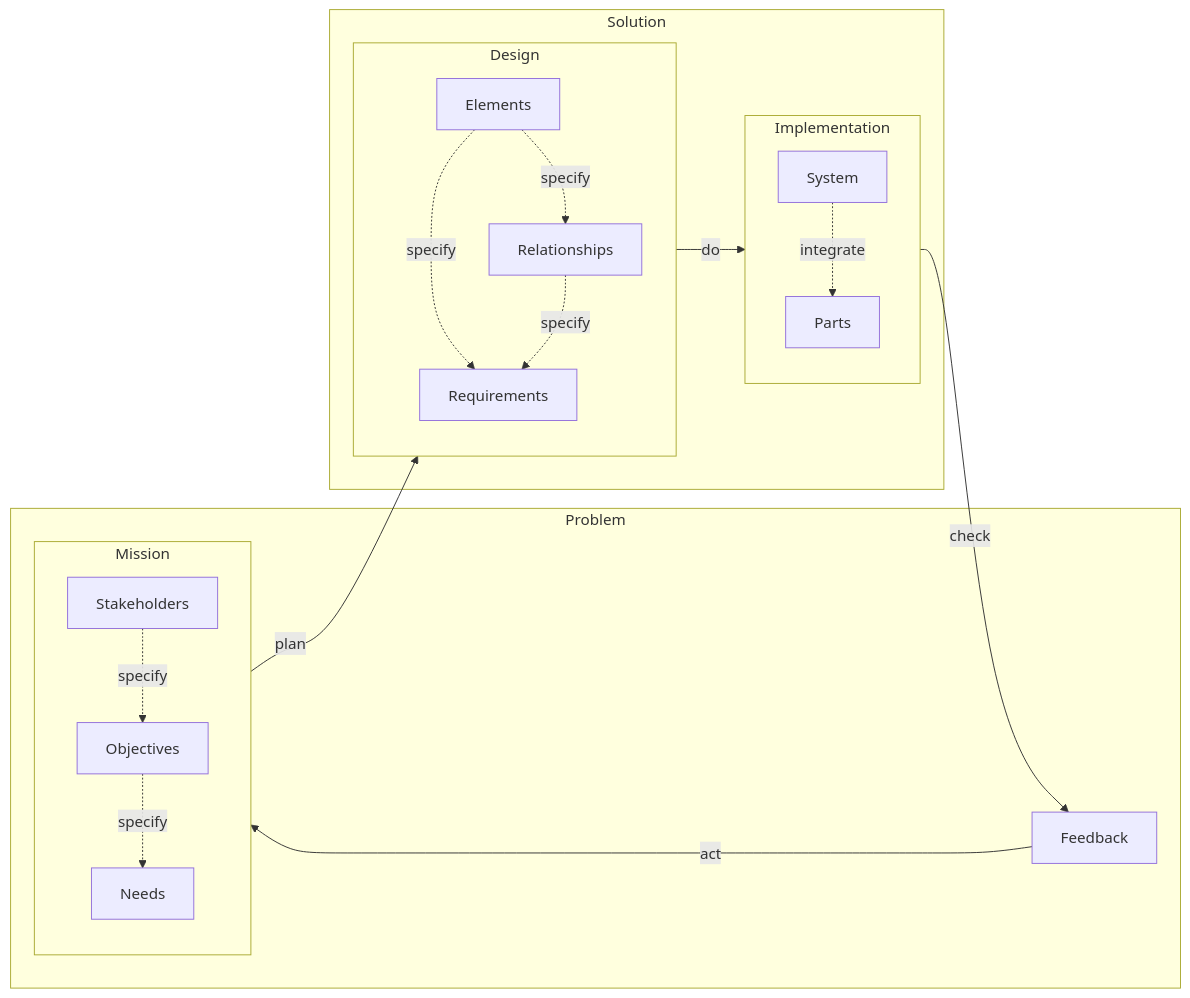
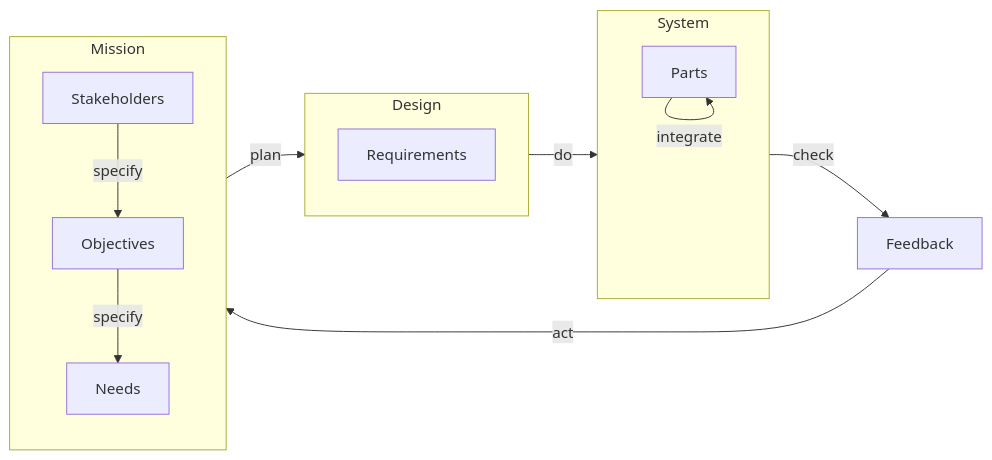
Before and after one commit to firstprinciplesthinking/paper_development_lifecycle: the eighth of 12 diagrams in README.md, drawn with Mermaid. The commit also changed other lines of this file, not shown here.

````diff
--- a/README.md
+++ b/README.md
@@ -209,37 +199,29 @@
 ```mermaid
    flowchart LR
-      subgraph Solution
-        subgraph Design
-            Elements
-            Relationships
-            Requirements
-         end
-         subgraph Implementation
-            Parts
-            System
-         end
-      end
-      
-      subgraph Problem
-         subgraph Mission
-            Stakeholders
-            Objectives
-            Needs
-         end
-         Feedback
+      subgraph Design
+         Requirements
       end
 
+      subgraph System
+         Parts
+      end
+   
+      Feedback
+
+      subgraph Mission
+         Stakeholders
+         Objectives
+         Needs
+      end
+
+
       Mission--"plan"-->Design
-      Design--"do"-->Implementation
-      Implementation--"check"-->Feedback
+      Design--"do"-->System
+      System--"check"-->Feedback
       Feedback--"act"-->Mission
 
-      Elements-."specify".->Requirements
-      Elements-."specify".->Relationships
-      Relationships-."specify".->Requirements
+      Parts--"integrate"-->Parts
 
-      System-."integrate".->Parts
-
-      Stakeholders-."specify".->Objectives
-      Objectives-."specify".->Needs
+      Stakeholders--"specify"-->Objectives
+      Objectives--"specify"-->Needs
 ```
````
